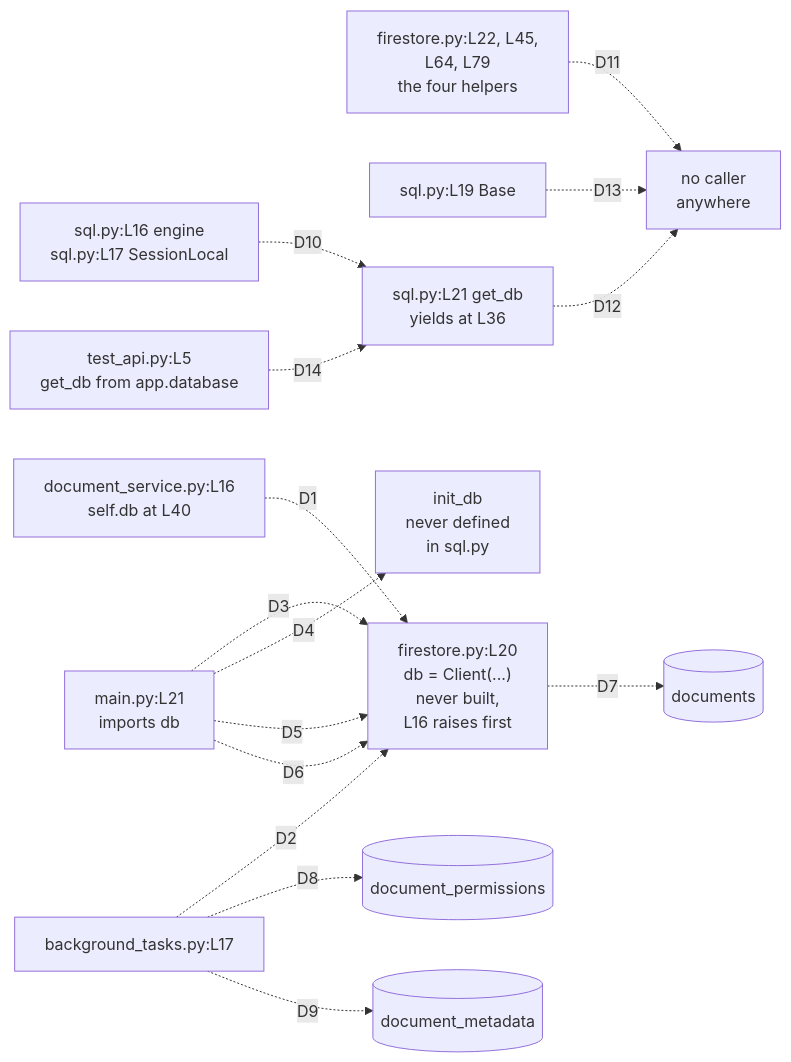
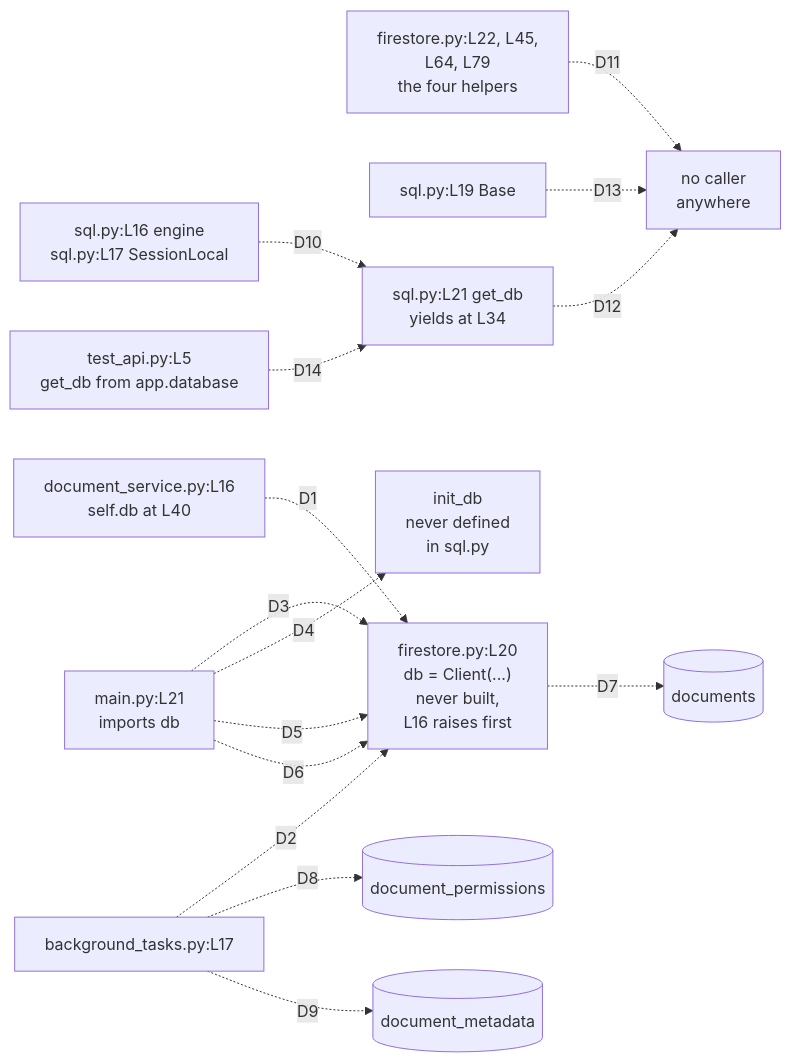
Before and after one commit to blitzy-public-samples/microsoft-word-u33ko0: the diagram in backend/app/db/README.md, drawn with Mermaid. The commit also changed other lines of this file and 27 other files, not shown here.

````diff
--- a/backend/app/db/README.md
+++ b/backend/app/db/README.md
@@ -104,38 +104,38 @@
 ```mermaid
 graph LR
     accTitle: The live Firestore path and the dead SQLAlchemy path
     accDescr: Every edge is dashed because no relationship in this module resolves. Consumers on the left hold the Firestore client directly, the client itself is never constructed, and the SQLAlchemy declarations reach no caller. Every edge carries a key resolved in the table below the diagram.
     DSVC["document_service.py:L16<br/>self.db at L40"]
     TASKS["background_tasks.py:L17"]
     MAIN["main.py:L21<br/>imports db"]
     HELPERS["firestore.py:L22, L45,<br/>L64, L79<br/>the four helpers"]
     SQLBOOT["sql.py:L16 engine<br/>sql.py:L17 SessionLocal"]
     BASE["sql.py:L19 Base"]
     TEST["test_api.py:L5<br/>get_db from app.database"]
 
     CLIENT["firestore.py:L20<br/>db = Client(...)<br/>never built,<br/>L16 raises first"]
-    GETDB["sql.py:L21 get_db<br/>yields at L36"]
+    GETDB["sql.py:L21 get_db<br/>yields at L34"]
     INITDB["init_db<br/>never defined<br/>in sql.py"]
     DEAD["no caller<br/>anywhere"]
 
     DOCS[("documents")]
     PERMS[("document_permissions")]
     META[("document_metadata")]
 
     DSVC -.->|"D1"| CLIENT
     TASKS -.->|"D2"| CLIENT
     MAIN -.->|"D3"| CLIENT
     MAIN -.->|"D4"| INITDB
     MAIN -.->|"D5"| CLIENT
     MAIN -.->|"D6"| CLIENT
     CLIENT -.->|"D7"| DOCS
     TASKS -.->|"D8"| PERMS
     TASKS -.->|"D9"| META
     SQLBOOT -.->|"D10"| GETDB
     HELPERS -.->|"D11"| DEAD
     GETDB -.->|"D12"| DEAD
     BASE -.->|"D13"| DEAD
     TEST -.->|"D14"| GETDB
 
 %% Every edge is dashed: no request-to-database path executes as committed.
 ```
````
